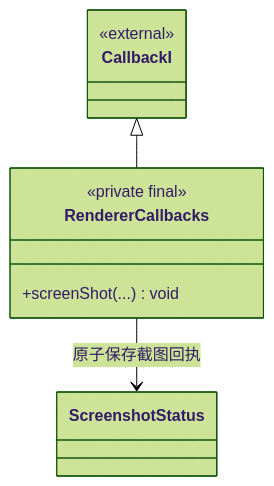
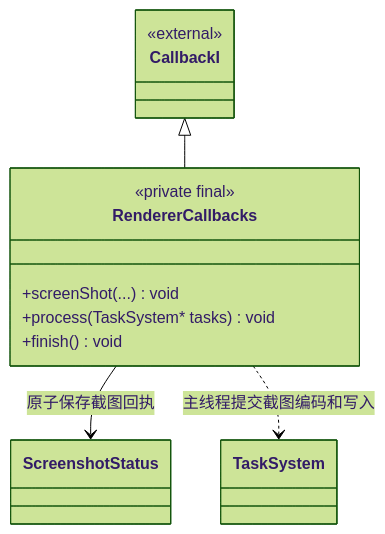
Before and after one commit to lcals/Engine: the fourth of 7 diagrams in docs/runtime/class-diagrams/render-system.md, drawn with Mermaid (forest theme). The commit also changed other lines of this file and 135 other files, not shown here.

````diff
--- a/docs/runtime/class-diagrams/render-system.md
+++ b/docs/runtime/class-diagrams/render-system.md
@@ -195,13 +203,17 @@
 ```mermaid
 classDiagram
     class CallbackI {
         <<external>>
     }
     class RendererCallbacks {
         <<private final>>
         +screenShot(...) void
+        +process(TaskSystem* tasks) void
+        +finish() void
     }
+    class TaskSystem
     class ScreenshotStatus
     CallbackI <|-- RendererCallbacks
     RendererCallbacks --> ScreenshotStatus : 原子保存截图回执
+    RendererCallbacks ..> TaskSystem : 主线程提交截图编码和写入
 ```
````
